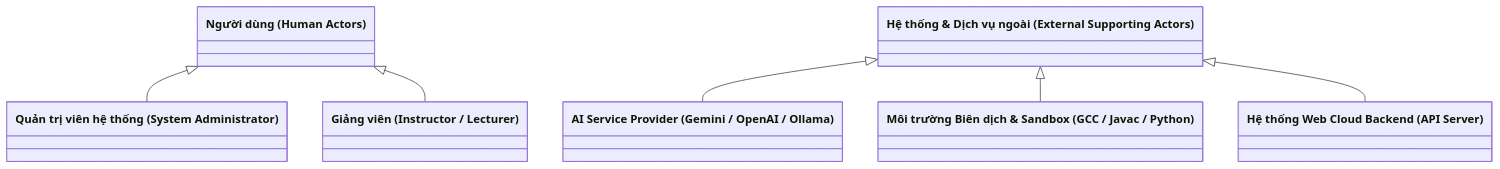
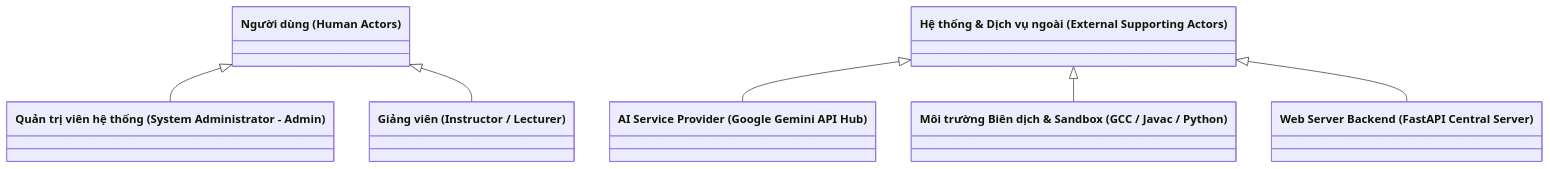
One commit to gray8493/iata_project changed the first of 2 diagrams in docs/architecture/actors_and_use_cases.md. Above: the diagram before and after it, drawn with Mermaid. The commit also changed other lines of this file and 1 other file, not shown here.

Commit message:
docs: sync actors and use cases with system overview and log prompt 15

````diff
--- a/docs/architecture/actors_and_use_cases.md
+++ b/docs/architecture/actors_and_use_cases.md
@@ -33,19 +55,19 @@
 ```mermaid
 classDiagram
     class HumanActor["Người dùng (Human Actors)"]
     class ExternalSystemActor["Hệ thống & Dịch vụ ngoài (External Supporting Actors)"]
 
     class Instructor["Giảng viên (Instructor / Lecturer)"]
-    class SystemAdmin["Quản trị viên hệ thống (System Administrator)"]
+    class SystemAdmin["Quản trị viên hệ thống (System Administrator - Admin)"]
 
-    class AIService["AI Service Provider (Gemini / OpenAI / Ollama)"]
+    class AIService["AI Service Provider (Google Gemini API Hub)"]
     class SandboxRunner["Môi trường Biên dịch & Sandbox (GCC / Javac / Python)"]
-    class WebBackend["Hệ thống Web Cloud Backend (API Server)"]
+    class WebBackend["Web Server Backend (FastAPI Central Server)"]
 
     HumanActor <|-- SystemAdmin
     HumanActor <|-- Instructor
 
     ExternalSystemActor <|-- AIService
     ExternalSystemActor <|-- SandboxRunner
     ExternalSystemActor <|-- WebBackend
 ```
````
